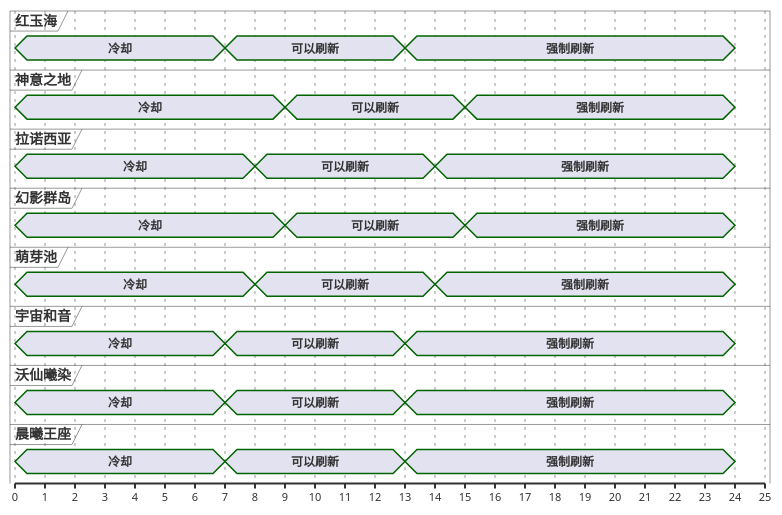
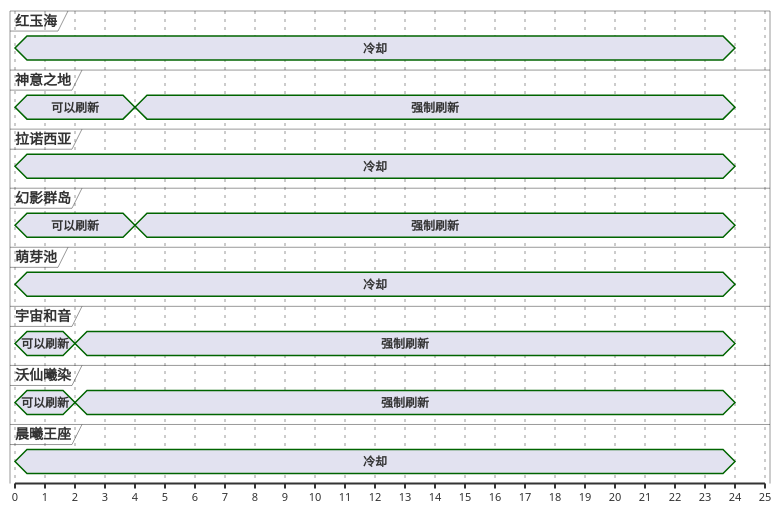
Before and after one commit to Eroleice/doc-pi: the first of 13 diagrams in ffxiv/hunt/2.0/Minhocao.md, drawn with PlantUML. The commit also changed other lines of this file and 38 other files, not shown here.

````diff
--- a/ffxiv/hunt/2.0/Minhocao.md
+++ b/ffxiv/hunt/2.0/Minhocao.md
@@ -33,63 +33,51 @@
 ```plantuml
 @startuml
 scale 1 as 30 pixels
 
 concise 红玉海
 concise 神意之地
 concise 拉诺西亚
 concise 幻影群岛
 concise 萌芽池
 concise 宇宙和音
 concise 沃仙曦染
 concise 晨曦王座
 
-@红玉海
-0 is 冷却
-7 is 可以刷新
-13 is 强制刷新
-24 is {hidden}
-
 @沃仙曦染
-0 is 冷却
-7 is 可以刷新
-13 is 强制刷新
+0 is 可以刷新
+2 is 强制刷新
 24 is {hidden}
 
 @宇宙和音
-0 is 冷却
-7 is 可以刷新
-13 is 强制刷新
+0 is 可以刷新
+2 is 强制刷新
+24 is {hidden}
+
+@神意之地
+0 is 可以刷新
+4 is 强制刷新
+24 is {hidden}
+
+@幻影群岛
+0 is 可以刷新
+4 is 强制刷新
 24 is {hidden}
 
 @晨曦王座
 0 is 冷却
-7 is 可以刷新
-13 is 强制刷新
+24 is {hidden}
+
+@萌芽池
+0 is 冷却
+24 is {hidden}
+
+@红玉海
+0 is 冷却
 24 is {hidden}
 
 @拉诺西亚
 0 is 冷却
-8 is 可以刷新
-14 is 强制刷新
-24 is {hidden}
-
-@萌芽池
-0 is 冷却
-8 is 可以刷新
-14 is 强制刷新
-24 is {hidden}
-
-@神意之地
-0 is 冷却
-9 is 可以刷新
-15 is 强制刷新
-24 is {hidden}
-
-@幻影群岛
-0 is 冷却
-9 is 可以刷新
-15 is 强制刷新
 24 is {hidden}
 
 @enduml
 ```
````
